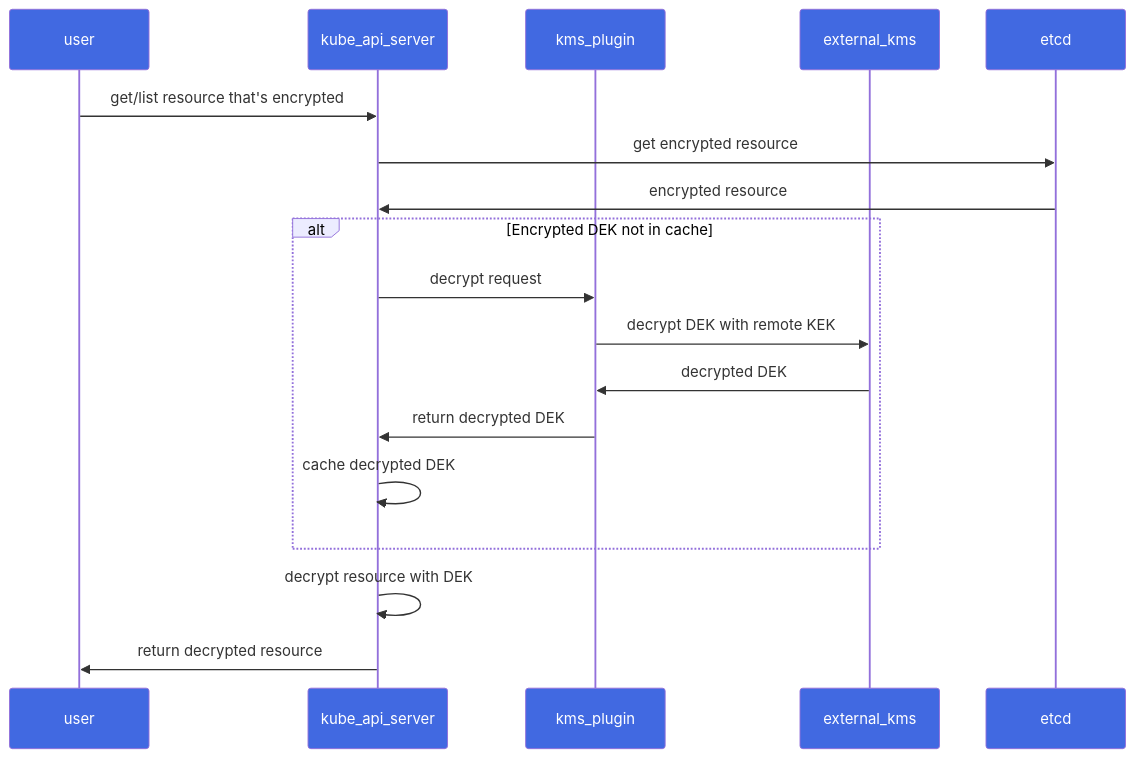
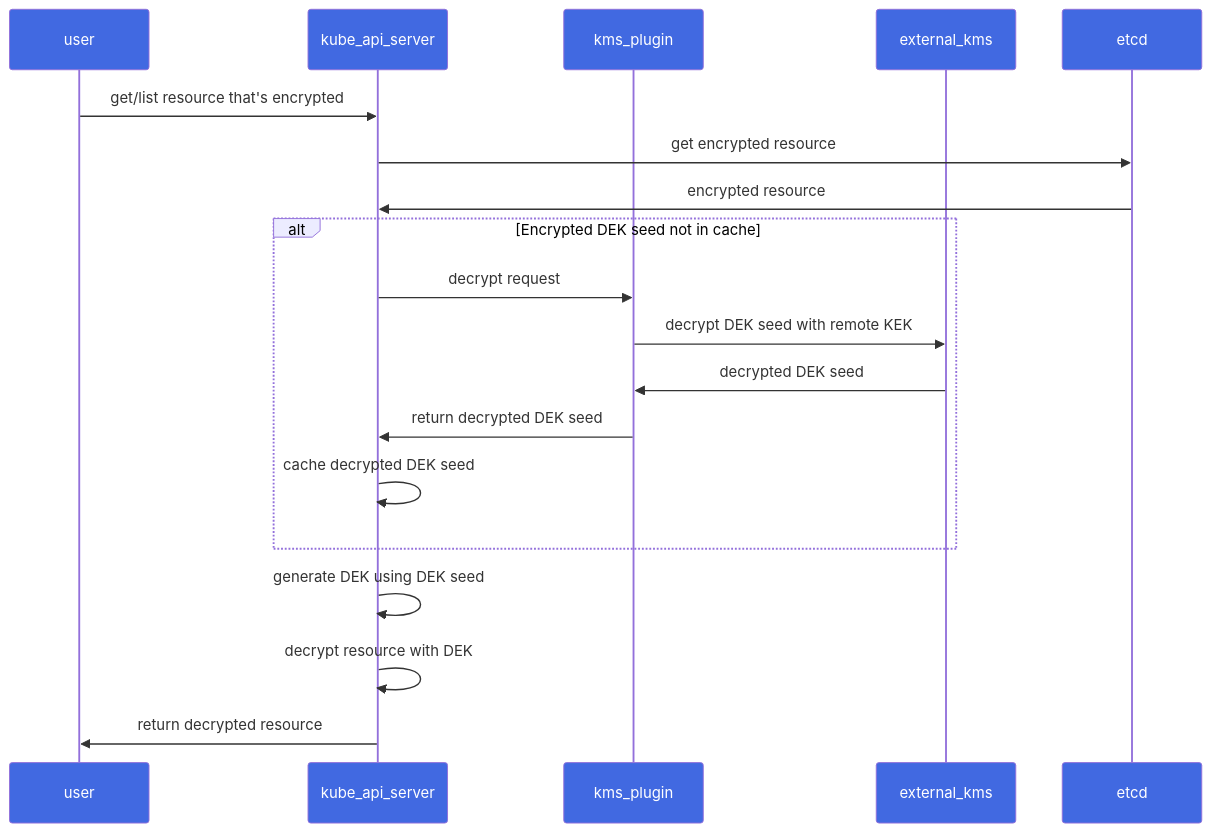
The second of 6 diagrams in keps/sig-auth/3299-kms-v2-improvements/README.md (kubernetes/enhancements), drawn with Mermaid before and after one commit. The commit also changed other lines of this file, not shown here.

````diff
--- a/keps/sig-auth/3299-kms-v2-improvements/README.md
+++ b/keps/sig-auth/3299-kms-v2-improvements/README.md
@@ -274,26 +304,27 @@
 ```mermaid
 %%{init:{"sequence": {"mirrorActors":true},
     "themeVariables": {
         "actorBkg":"royalblue",
         "actorTextColor":"white"
 }}}%%
 
 sequenceDiagram
     participant user
     participant kube_api_server
     participant kms_plugin
     participant external_kms
     participant etcd
     user->>kube_api_server: get/list resource that's encrypted
     kube_api_server->>etcd: get encrypted resource
     etcd->>kube_api_server: encrypted resource
-    alt Encrypted DEK not in cache
+    alt Encrypted DEK seed not in cache
         kube_api_server->>kms_plugin: decrypt request
-        kms_plugin->>external_kms: decrypt DEK with remote KEK
-        external_kms->>kms_plugin: decrypted DEK
-        kms_plugin->>kube_api_server: return decrypted DEK
-        kube_api_server->>kube_api_server: cache decrypted DEK
+        kms_plugin->>external_kms: decrypt DEK seed with remote KEK
+        external_kms->>kms_plugin: decrypted DEK seed
+        kms_plugin->>kube_api_server: return decrypted DEK seed
+        kube_api_server->>kube_api_server: cache decrypted DEK seed
     end
+    kube_api_server->>kube_api_server: generate DEK using DEK seed
     kube_api_server->>kube_api_server: decrypt resource with DEK
     kube_api_server->>user: return decrypted resource
 ```
````
